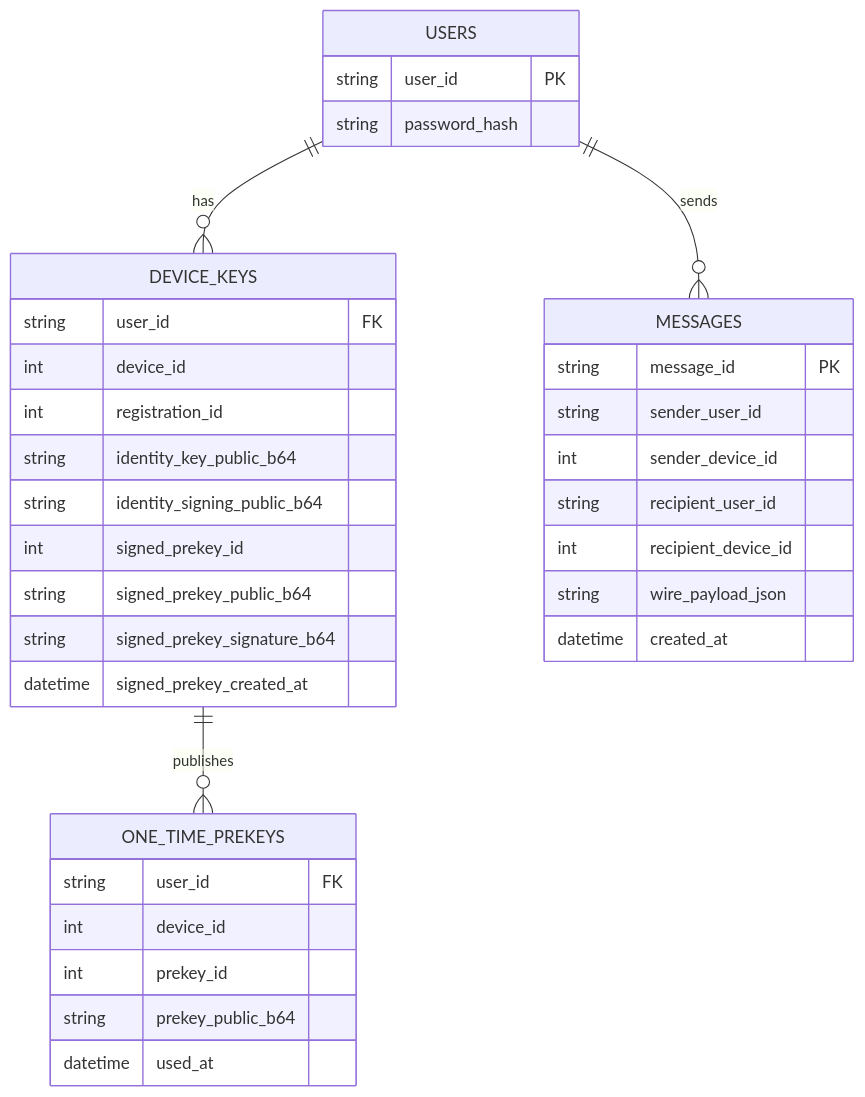
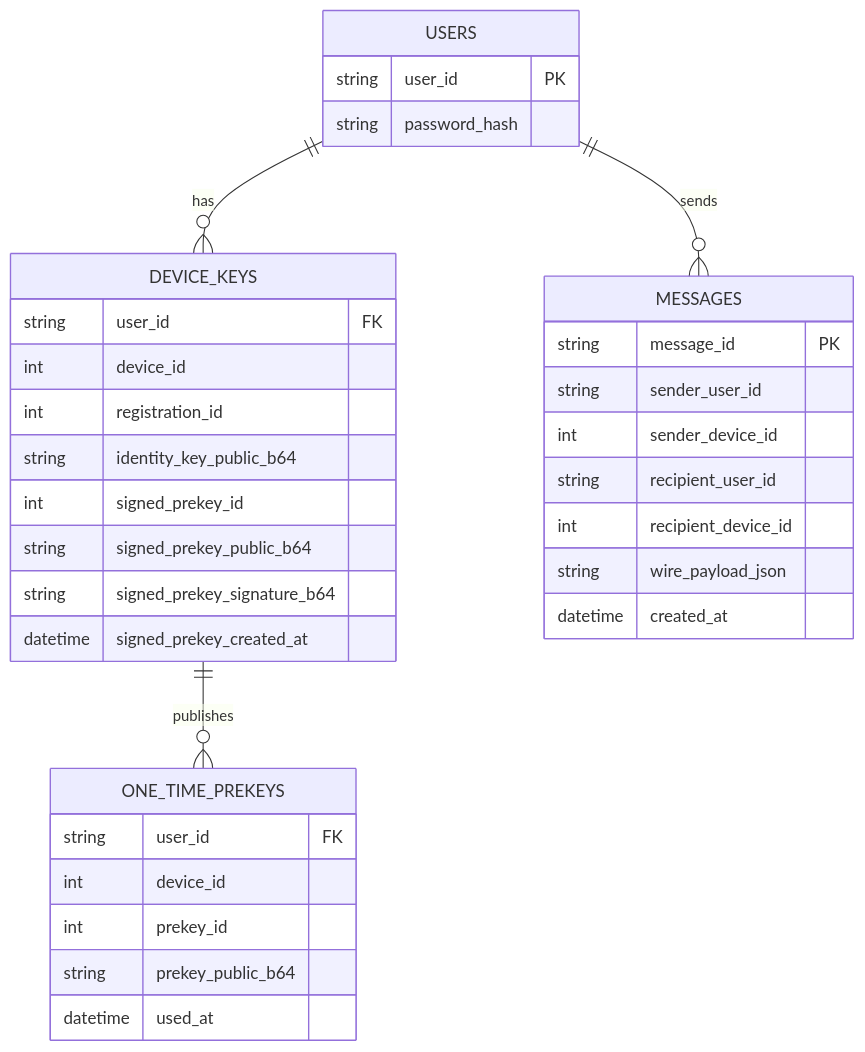
Before and after one commit to EoinOKelly/Epic-KFC: the diagram in docs/database.md, drawn with Mermaid. The commit also changed other lines of this file and 24 other files, not shown here.

````diff
--- a/docs/database.md
+++ b/docs/database.md
@@ -8,41 +8,40 @@
 ```mermaid
 erDiagram
   USERS ||--o{ DEVICE_KEYS : has
   DEVICE_KEYS ||--o{ ONE_TIME_PREKEYS : publishes
   USERS ||--o{ MESSAGES : sends
 
   USERS {
     string user_id PK
     string password_hash
   }
 
   DEVICE_KEYS {
     string user_id FK
     int device_id
     int registration_id
     string identity_key_public_b64
-    string identity_signing_public_b64
     int signed_prekey_id
     string signed_prekey_public_b64
     string signed_prekey_signature_b64
     datetime signed_prekey_created_at
   }
 
   ONE_TIME_PREKEYS {
     string user_id FK
     int device_id
     int prekey_id
     string prekey_public_b64
     datetime used_at
   }
 
   MESSAGES {
     string message_id PK
     string sender_user_id
     int sender_device_id
     string recipient_user_id
     int recipient_device_id
     string wire_payload_json
     datetime created_at
   }
 ```
````
